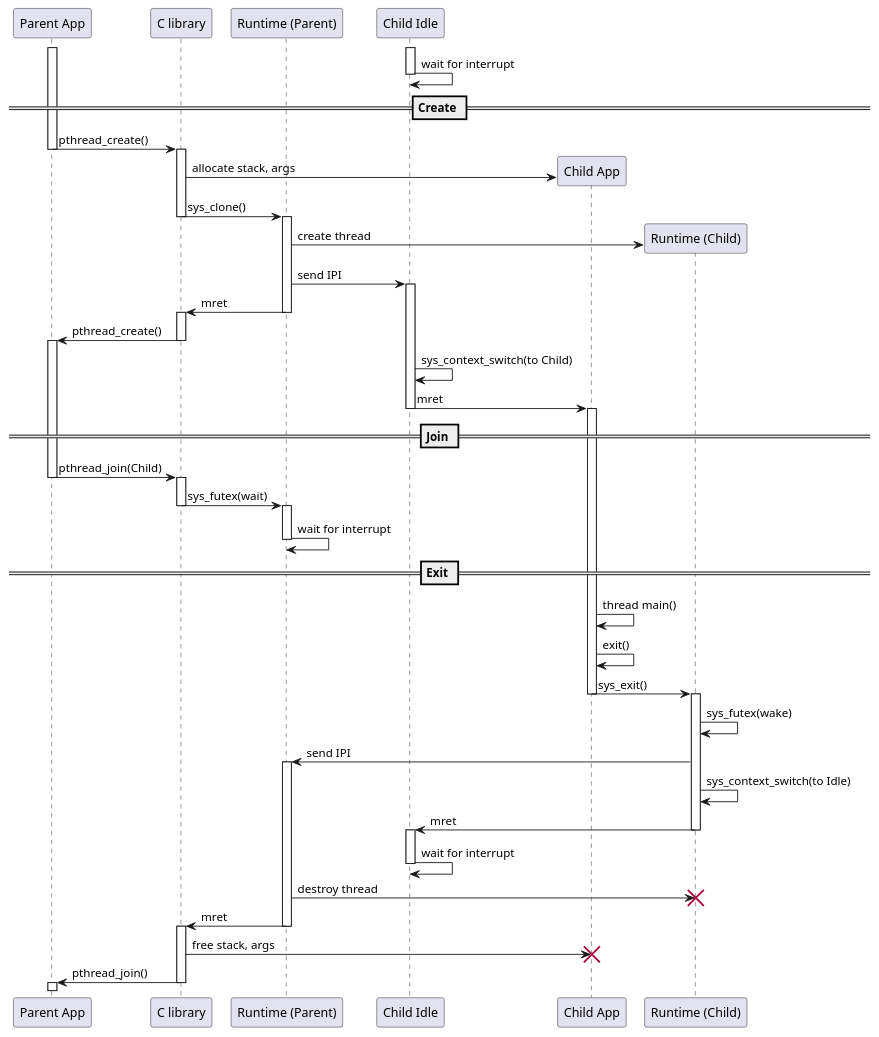
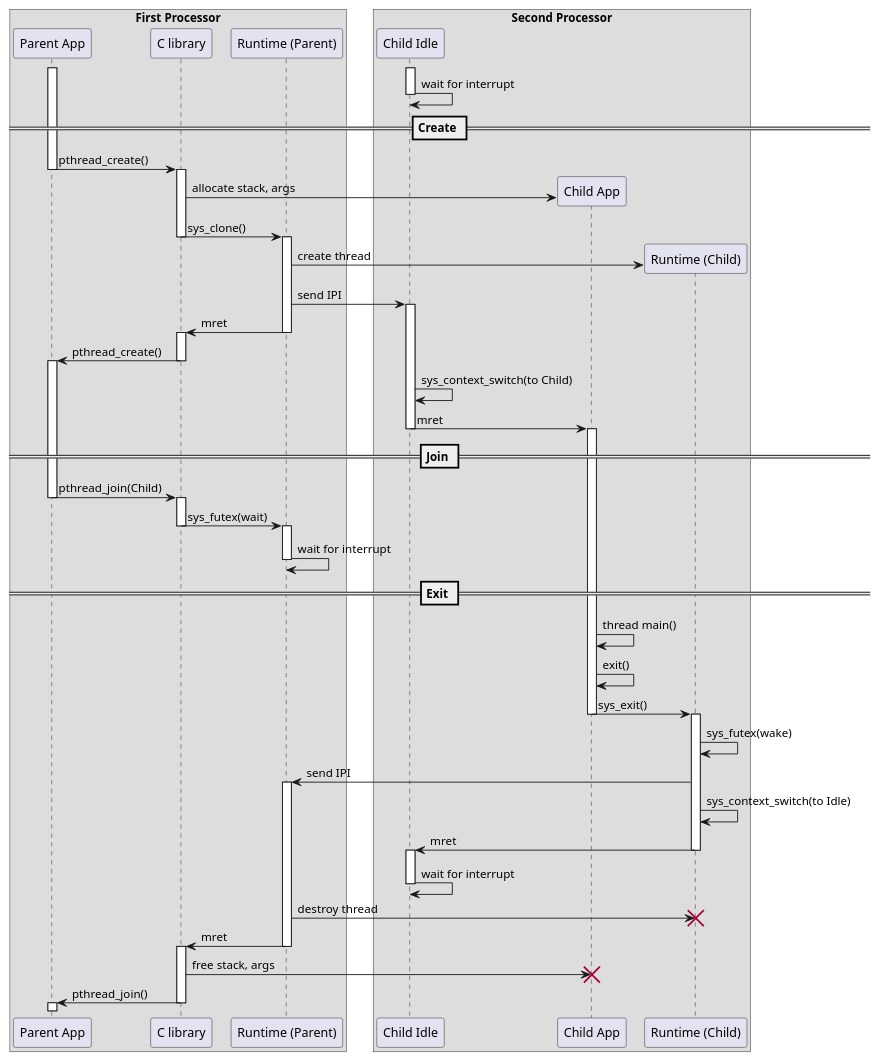
The diagram in doc/internals/thread.adoc (nsitexe/akaria-bmetal), drawn with PlantUML before and after one commit. The commit also changed other lines of this file, not shown here.

Commit message:
doc: add descriptions for thread

```diff
--- a/doc/internals/thread.adoc
+++ b/doc/internals/thread.adoc
@@ -19,10 +21,17 @@
 [plantuml]
 ----
 @startuml
+box "First Processor"
 participant "Parent App" as ParentU
 participant "C library" as libc
 participant "Runtime (Parent)" as ParentK
+endbox
+
+box "Second Processor"
 participant "Child Idle" as Idle
+participant "Child App" as ChildU
+participant "Runtime (Child)" as ChildK
+endbox
 
 activate Idle
 activate ParentU
@@ -34,12 +43,12 @@
 ParentU -> libc : pthread_create()
 deactivate ParentU
 activate libc
-create "Child App" as ChildU
+create ChildU
 libc -> ChildU : allocate stack, args
 libc -> ParentK : sys_clone()
 deactivate libc
 activate ParentK
-create "Runtime (Child)" as ChildK
+create ChildK
 ParentK -> ChildK : create thread
 
 ParentK -> Idle : send IPI
```
